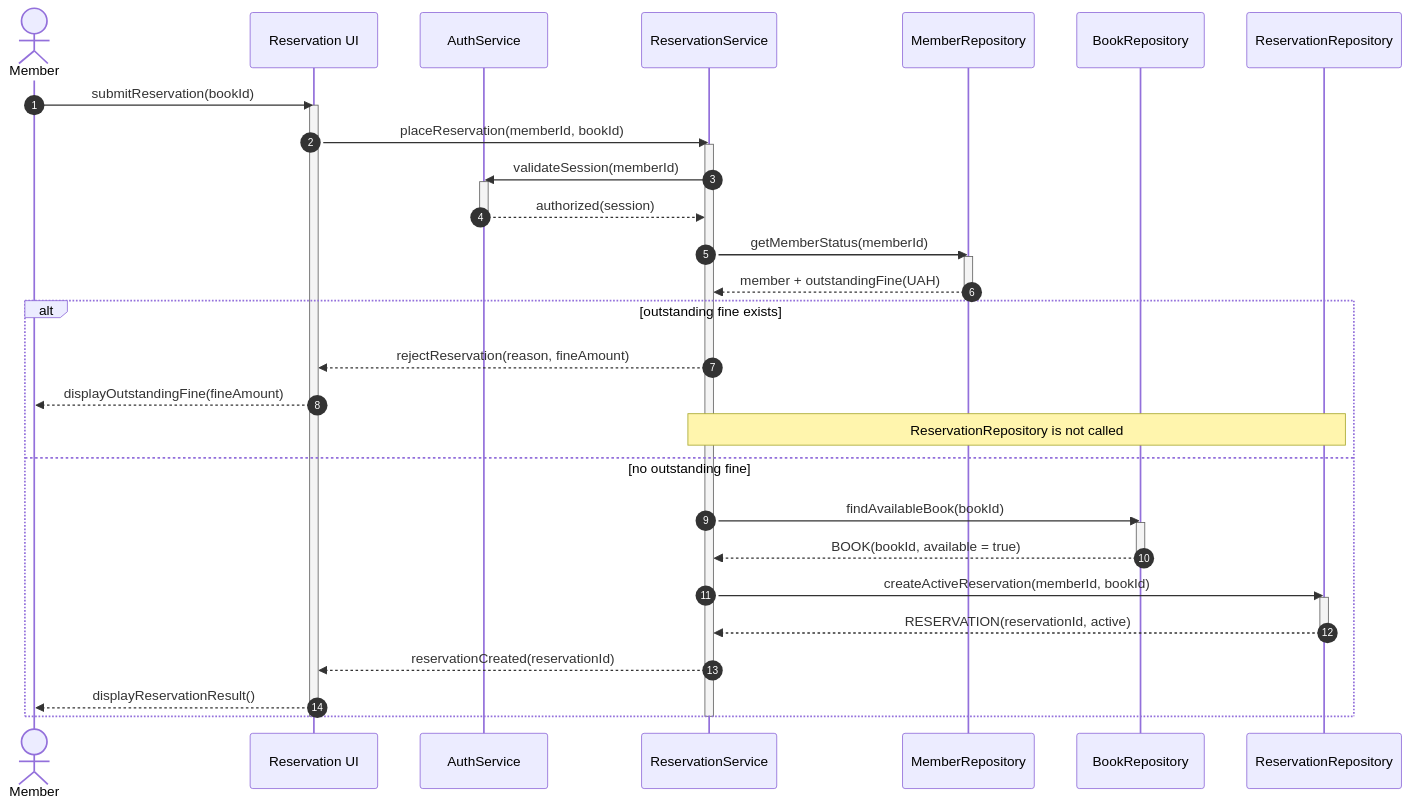
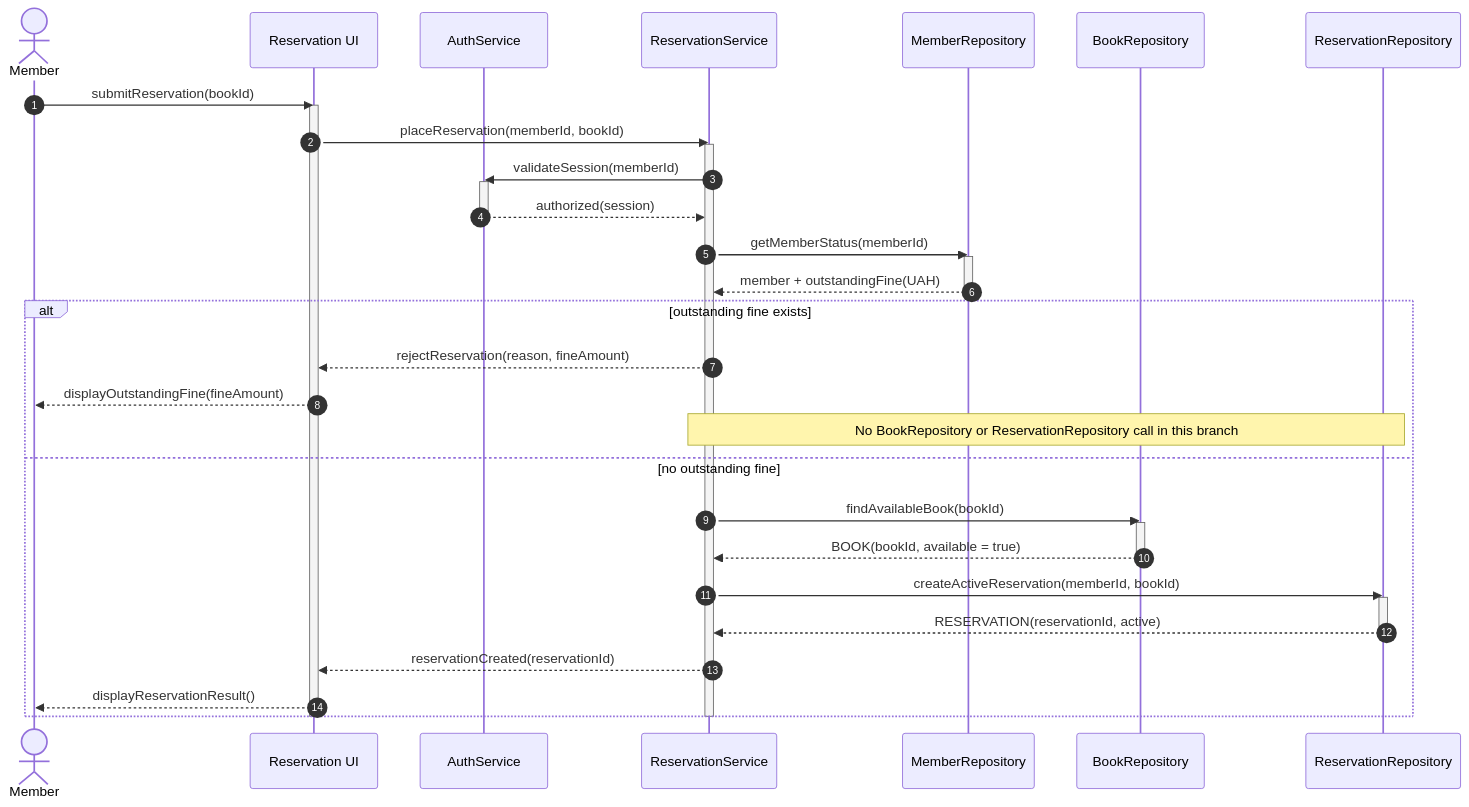
Before and after one commit to Mirroxyz/KPI: the diagram in lab3/reserve-unpaid-fine.mmd, drawn with Mermaid. The commit also changed 3 other files, not shown here.

```diff
--- a/lab3/reserve-unpaid-fine.mmd
+++ b/lab3/reserve-unpaid-fine.mmd
@@ -1,42 +1,42 @@
 sequenceDiagram
     %% Lab 2 scenario 4: Member with an unpaid fine cannot reserve a book
     autonumber
     actor Member
     participant UI as Reservation UI
     participant Auth as AuthService
     participant Service as ReservationService
     participant Members as MemberRepository
     participant Books as BookRepository
     participant Reservations as ReservationRepository
 
     Member->>UI: submitReservation(bookId)
     activate UI
     UI->>Service: placeReservation(memberId, bookId)
     activate Service
     Service->>Auth: validateSession(memberId)
     activate Auth
     Auth-->>Service: authorized(session)
     deactivate Auth
     Service->>Members: getMemberStatus(memberId)
     activate Members
     Members-->>Service: member + outstandingFine(UAH)
     deactivate Members
 
     alt outstanding fine exists
         Service-->>UI: rejectReservation(reason, fineAmount)
         UI-->>Member: displayOutstandingFine(fineAmount)
-        Note over Service,Reservations: ReservationRepository is not called
+        Note over Service,Reservations: No BookRepository or ReservationRepository call in this branch
     else no outstanding fine
         Service->>Books: findAvailableBook(bookId)
         activate Books
         Books-->>Service: BOOK(bookId, available = true)
         deactivate Books
         Service->>Reservations: createActiveReservation(memberId, bookId)
         activate Reservations
         Reservations-->>Service: RESERVATION(reservationId, active)
         deactivate Reservations
         Service-->>UI: reservationCreated(reservationId)
         UI-->>Member: displayReservationResult()
     end
     deactivate Service
     deactivate UI
```
